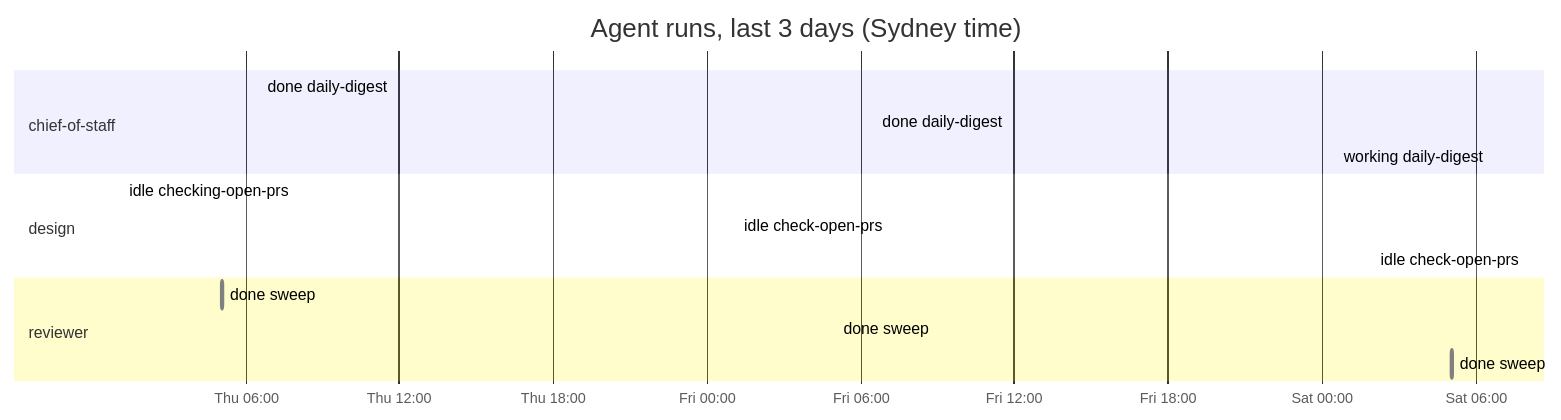
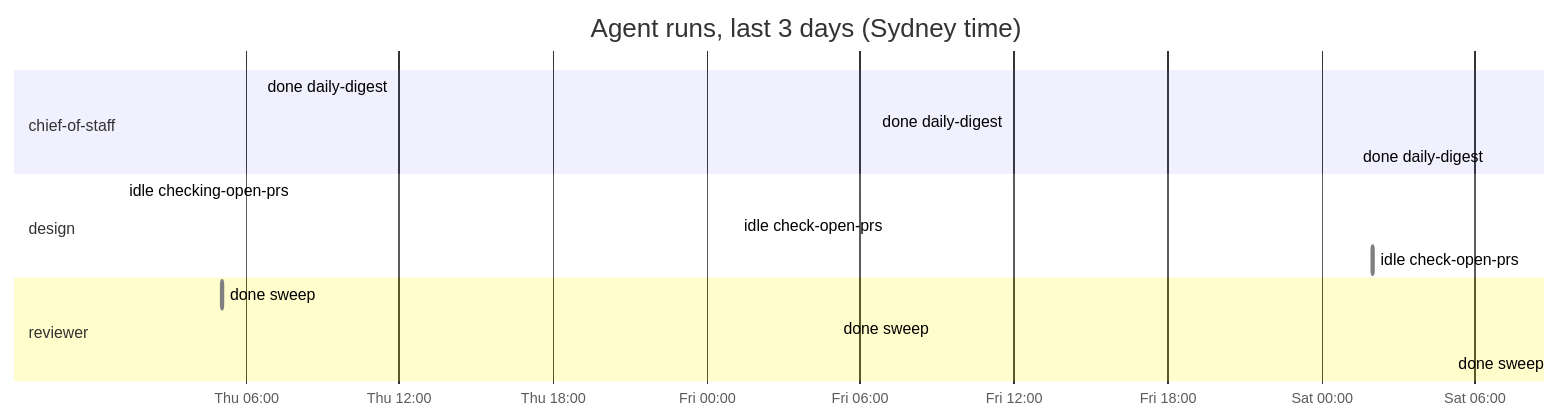
One commit to roulmediateam-byte/fifteen-expert-hq changed the diagram in dashboard.md. Above: the diagram before and after it, drawn with Mermaid. The commit also changed other lines of this file and 1 other file, not shown here.

````diff
--- a/dashboard.md
+++ b/dashboard.md
@@ -39,18 +40,18 @@
 ```mermaid
 gantt
     title Agent runs, last 3 days (Sydney time)
     dateFormat YYYY-MM-DD HH:mm
     axisFormat %a %H:%M
     section chief-of-staff
     done daily-digest :done, 2026-11-12 06:35, 2026-11-12 06:36
     done daily-digest :done, 2026-11-13 06:34, 2026-11-13 06:36
-    working daily-digest :active, 2026-11-14 06:35, 2026-11-14 06:35
+    done daily-digest :done, 2026-11-14 06:35, 2026-11-14 06:36
     section design
     idle checking-open-prs :done, 2026-11-12 01:11, 2026-11-12 01:12
     idle check-open-prs :done, 2026-11-13 01:11, 2026-11-13 01:11
     idle check-open-prs :done, 2026-11-14 02:01, 2026-11-14 02:02
     section reviewer
     done sweep :done, 2026-11-12 05:05, 2026-11-12 05:06
     done sweep :done, 2026-11-13 05:05, 2026-11-13 05:05
     done sweep :done, 2026-11-14 05:05, 2026-11-14 05:06
 ```
````
